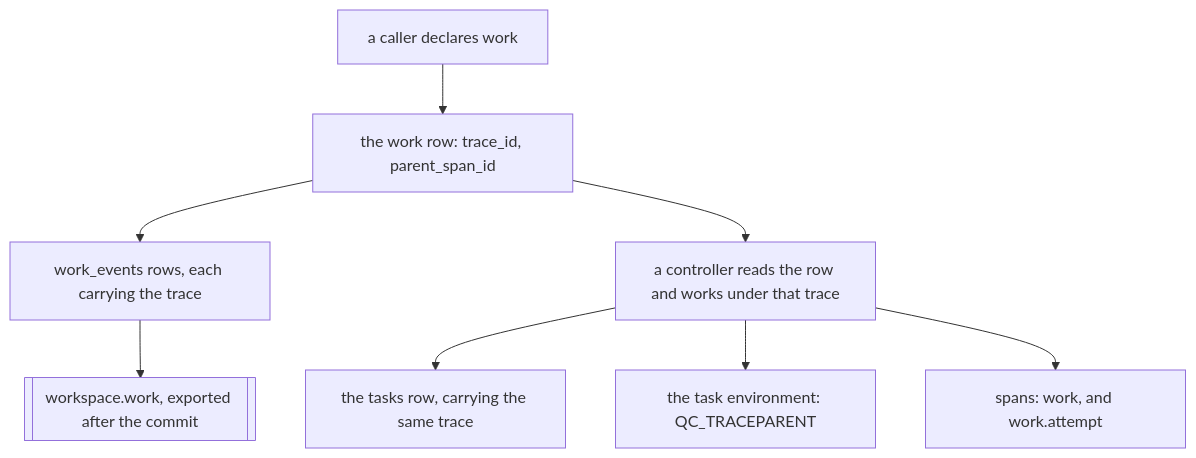
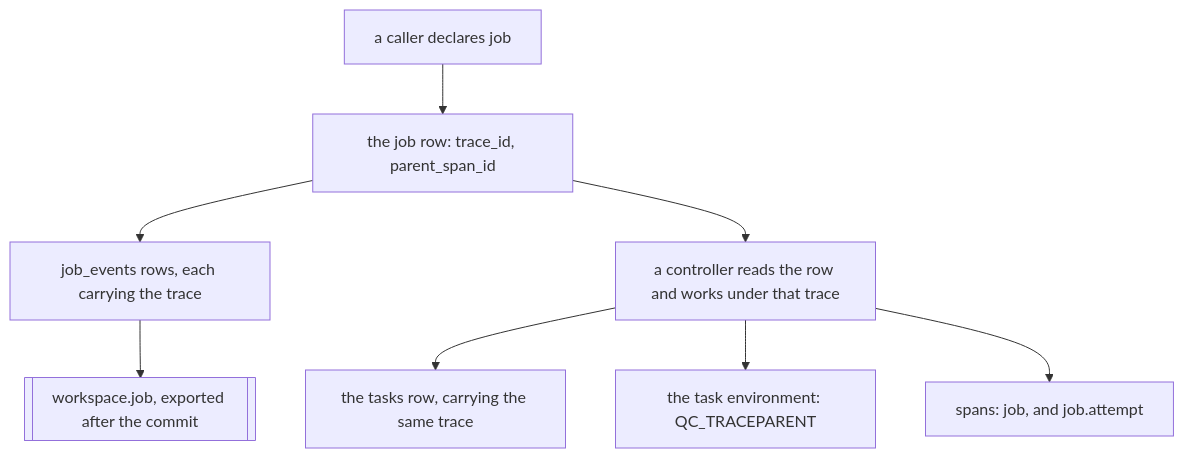
Before and after one commit to atlantic-blue/quay-crew: the third of 3 diagrams in docs/OBSERVABILITY.md, drawn with Mermaid. The commit also changed other lines of this file and 222 other files, not shown here.

Commit message:
refactor: declared intent is a job, not work

````diff
--- a/docs/OBSERVABILITY.md
+++ b/docs/OBSERVABILITY.md
@@ -223,10 +223,10 @@
 ```mermaid
 flowchart TD
-    CALL["a caller declares work"] --> ROW["the work row: trace_id, parent_span_id"]
-    ROW --> REC["work_events rows, each carrying the trace"]
-    REC --> LOG[["workspace.work, exported after the commit"]]
+    CALL["a caller declares job"] --> ROW["the job row: trace_id, parent_span_id"]
+    ROW --> REC["job_events rows, each carrying the trace"]
+    REC --> LOG[["workspace.job, exported after the commit"]]
     ROW --> CTL["a controller reads the row and works under that trace"]
     CTL --> TASK["the tasks row, carrying the same trace"]
     CTL --> ENV["the task environment: QC_TRACEPARENT"]
-    CTL --> SPAN["spans: work, and work.attempt"]
+    CTL --> SPAN["spans: job, and job.attempt"]
 ```
````
